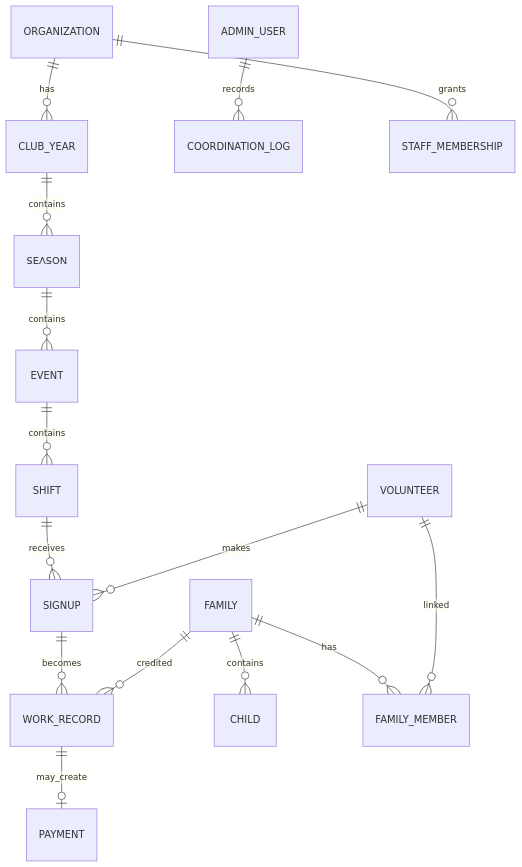
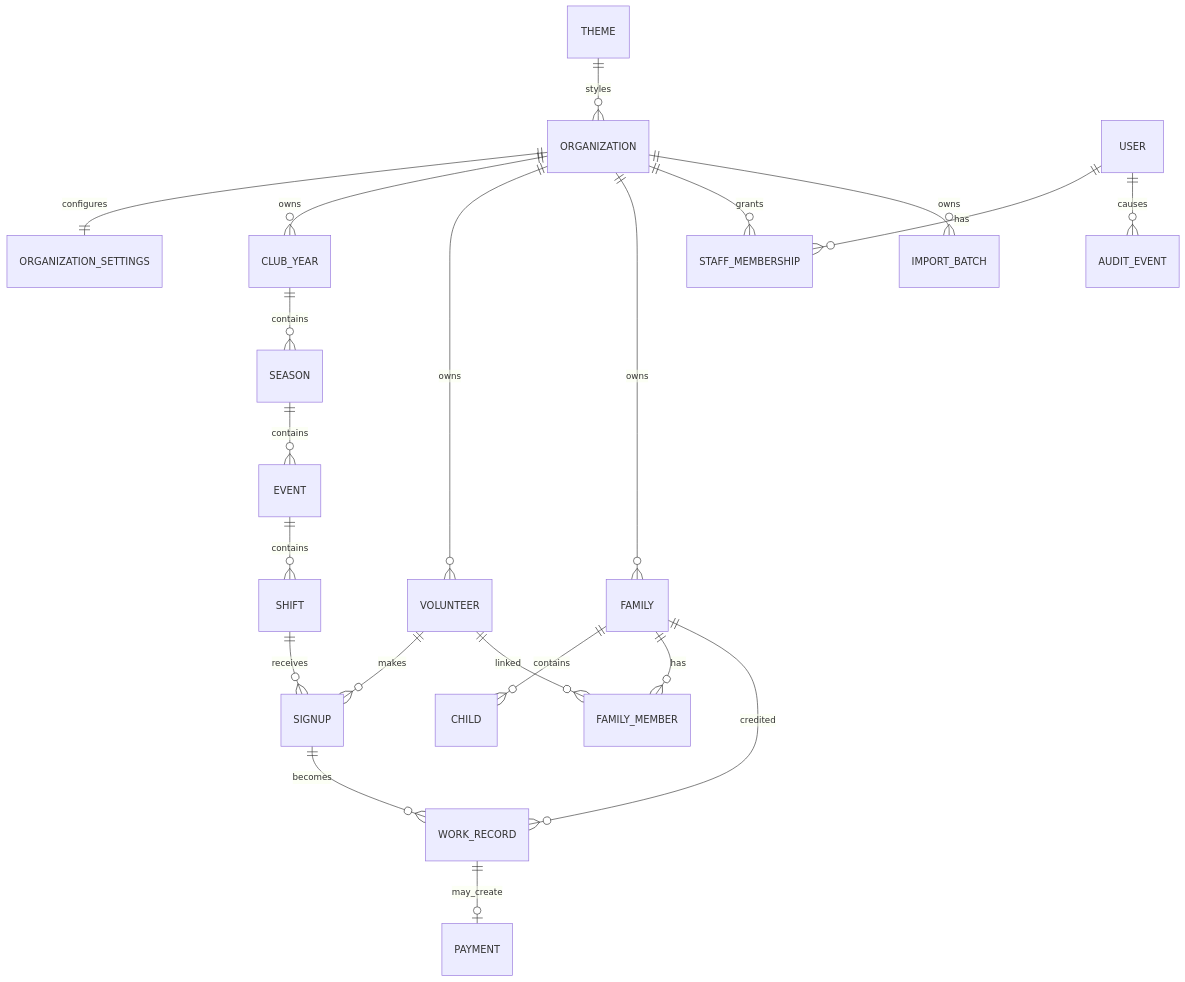
Before and after one commit to pkressig/grillcrew: the diagram in docs/DATA_MODEL.md, drawn with Mermaid. The commit also changed other lines of this file and 29 other files, not shown here.

````diff
--- a/docs/DATA_MODEL.md
+++ b/docs/DATA_MODEL.md
@@ -5,17 +5,23 @@
 ```mermaid
 erDiagram
-  ORGANIZATION ||--o{ CLUB_YEAR : has
+  THEME ||--o{ ORGANIZATION : styles
+  ORGANIZATION ||--|| ORGANIZATION_SETTINGS : configures
+  ORGANIZATION ||--o{ CLUB_YEAR : owns
+  ORGANIZATION ||--o{ VOLUNTEER : owns
+  ORGANIZATION ||--o{ FAMILY : owns
+  ORGANIZATION ||--o{ STAFF_MEMBERSHIP : grants
+  ORGANIZATION ||--o{ IMPORT_BATCH : owns
   CLUB_YEAR ||--o{ SEASON : contains
   SEASON ||--o{ EVENT : contains
   EVENT ||--o{ SHIFT : contains
   SHIFT ||--o{ SIGNUP : receives
   VOLUNTEER ||--o{ SIGNUP : makes
   SIGNUP ||--o{ WORK_RECORD : becomes
   FAMILY ||--o{ CHILD : contains
   FAMILY ||--o{ FAMILY_MEMBER : has
   VOLUNTEER ||--o{ FAMILY_MEMBER : linked
   FAMILY ||--o{ WORK_RECORD : credited
   WORK_RECORD ||--o| PAYMENT : may_create
-  ADMIN_USER ||--o{ COORDINATION_LOG : records
-  ORGANIZATION ||--o{ STAFF_MEMBERSHIP : grants
+  USER ||--o{ STAFF_MEMBERSHIP : has
+  USER ||--o{ AUDIT_EVENT : causes
 ```
````
